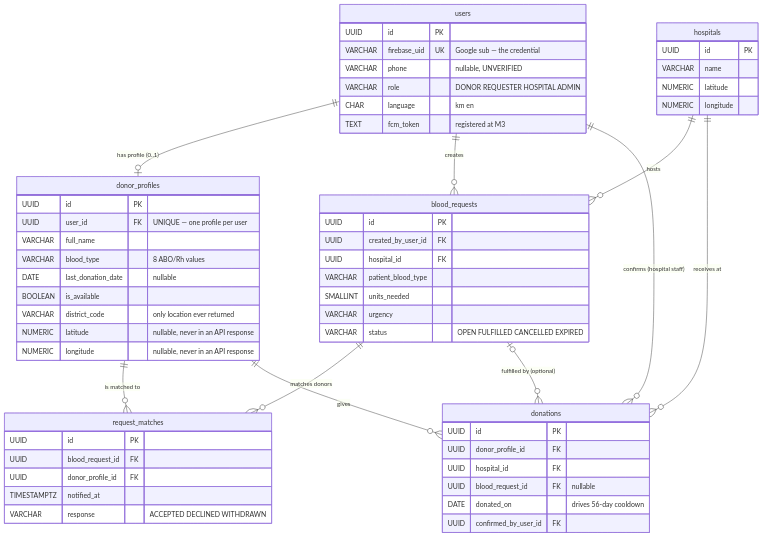
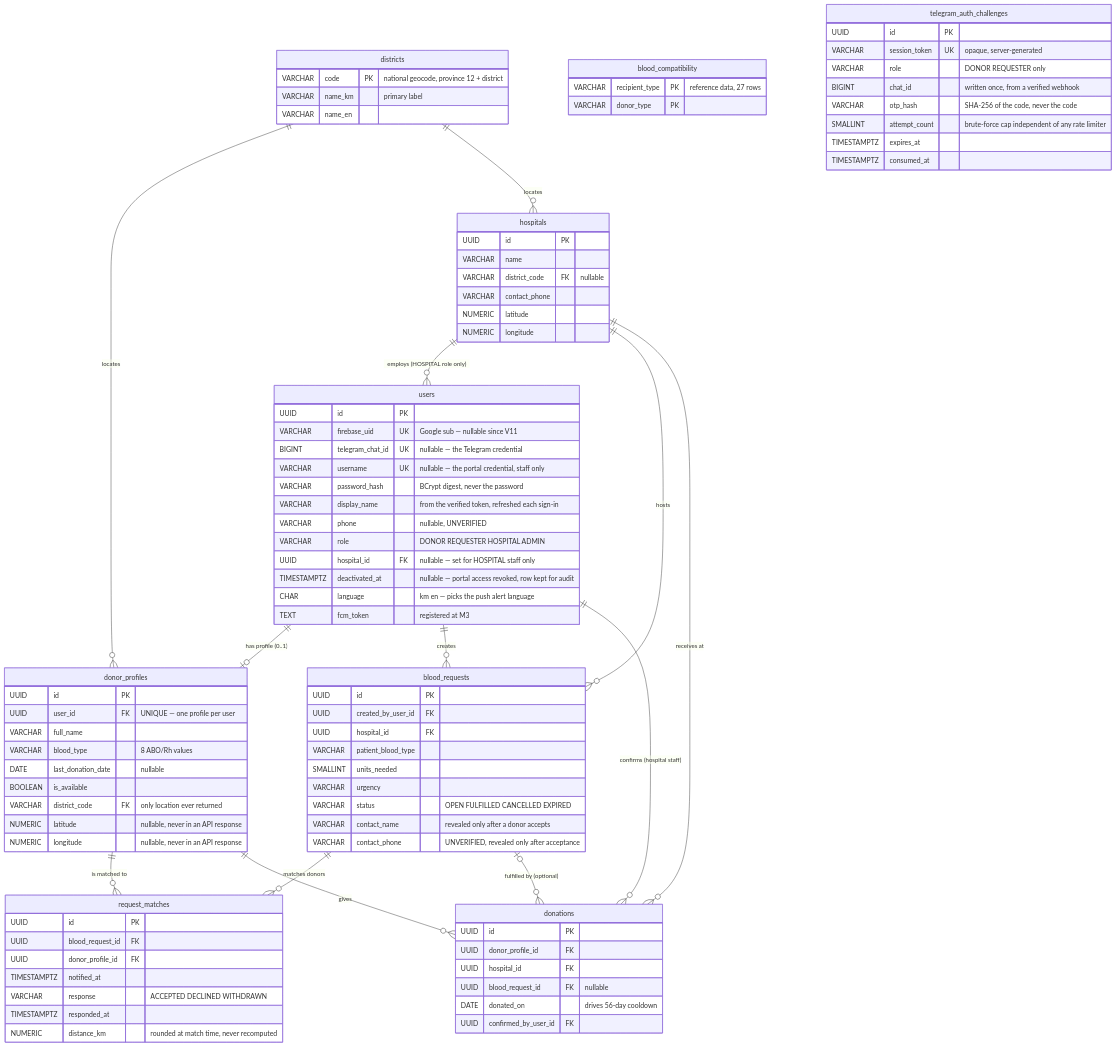
The diagram in docs/tech-lead/data-model.md (NemSothea/LifeLinkKh), drawn with Mermaid before and after one commit. The commit also changed other lines of this file and 12 other files, not shown here.

````diff
--- a/docs/tech-lead/data-model.md
+++ b/docs/tech-lead/data-model.md
@@ -13,8 +30,11 @@
     users ||--o| donor_profiles : "has profile (0..1)"
     users ||--o{ blood_requests : "creates"
     users ||--o{ donations : "confirms (hospital staff)"
+    hospitals ||--o{ users : "employs (HOSPITAL role only)"
     hospitals ||--o{ blood_requests : "hosts"
     hospitals ||--o{ donations : "receives at"
+    districts ||--o{ donor_profiles : "locates"
+    districts ||--o{ hospitals : "locates"
     blood_requests ||--o{ request_matches : "matches donors"
     donor_profiles ||--o{ request_matches : "is matched to"
     blood_requests |o--o{ donations : "fulfilled by (optional)"
@@ -22,10 +42,16 @@
 
     users {
         UUID id PK
-        VARCHAR firebase_uid UK "Google sub — the credential"
+        VARCHAR firebase_uid UK "Google sub — nullable since V11"
+        BIGINT telegram_chat_id UK "nullable — the Telegram credential"
+        VARCHAR username UK "nullable — the portal credential, staff only"
+        VARCHAR password_hash "BCrypt digest, never the password"
+        VARCHAR display_name "from the verified token, refreshed each sign-in"
         VARCHAR phone "nullable, UNVERIFIED"
         VARCHAR role "DONOR REQUESTER HOSPITAL ADMIN"
-        CHAR language "km en"
+        UUID hospital_id FK "nullable — set for HOSPITAL staff only"
+        TIMESTAMPTZ deactivated_at "nullable — portal access revoked, row kept for audit"
+        CHAR language "km en — picks the push alert language"
         TEXT fcm_token "registered at M3"
     }
     donor_profiles {
@@ -35,13 +61,20 @@
         VARCHAR blood_type "8 ABO/Rh values"
         DATE last_donation_date "nullable"
         BOOLEAN is_available
-        VARCHAR district_code "only location ever returned"
+        VARCHAR district_code FK "only location ever returned"
         NUMERIC latitude "nullable, never in an API response"
         NUMERIC longitude "nullable, never in an API response"
+    }
+    districts {
+        VARCHAR code PK "national geocode, province 12 + district"
+        VARCHAR name_km "primary label"
+        VARCHAR name_en
     }
     hospitals {
         UUID id PK
         VARCHAR name
+        VARCHAR district_code FK "nullable"
+        VARCHAR contact_phone
         NUMERIC latitude
         NUMERIC longitude
     }
@@ -53,6 +86,8 @@
         SMALLINT units_needed
         VARCHAR urgency
         VARCHAR status "OPEN FULFILLED CANCELLED EXPIRED"
+        VARCHAR contact_name "revealed only after a donor accepts"
+        VARCHAR contact_phone "UNVERIFIED, revealed only after acceptance"
     }
     request_matches {
         UUID id PK
@@ -60,6 +95,8 @@
         UUID donor_profile_id FK
         TIMESTAMPTZ notified_at
         VARCHAR response "ACCEPTED DECLINED WITHDRAWN"
+        TIMESTAMPTZ responded_at
+        NUMERIC distance_km "rounded at match time, never recomputed"
     }
     donations {
         UUID id PK
@@ -69,4 +106,18 @@
         DATE donated_on "drives 56-day cooldown"
         UUID confirmed_by_user_id FK
     }
+    blood_compatibility {
+        VARCHAR recipient_type PK "reference data, 27 rows"
+        VARCHAR donor_type PK
+    }
+    telegram_auth_challenges {
+        UUID id PK
+        VARCHAR session_token UK "opaque, server-generated"
+        VARCHAR role "DONOR REQUESTER only"
+        BIGINT chat_id "written once, from a verified webhook"
+        VARCHAR otp_hash "SHA-256 of the code, never the code"
+        SMALLINT attempt_count "brute-force cap independent of any rate limiter"
+        TIMESTAMPTZ expires_at
+        TIMESTAMPTZ consumed_at
+    }
 ```
````
